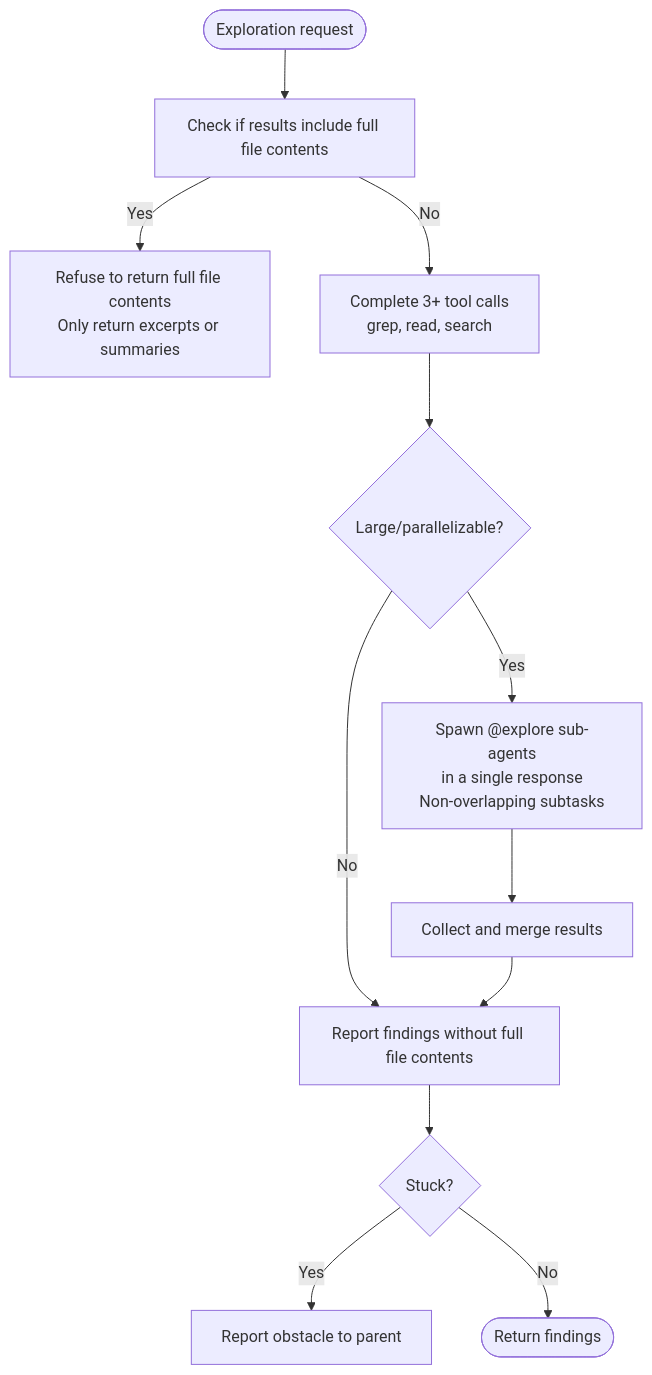
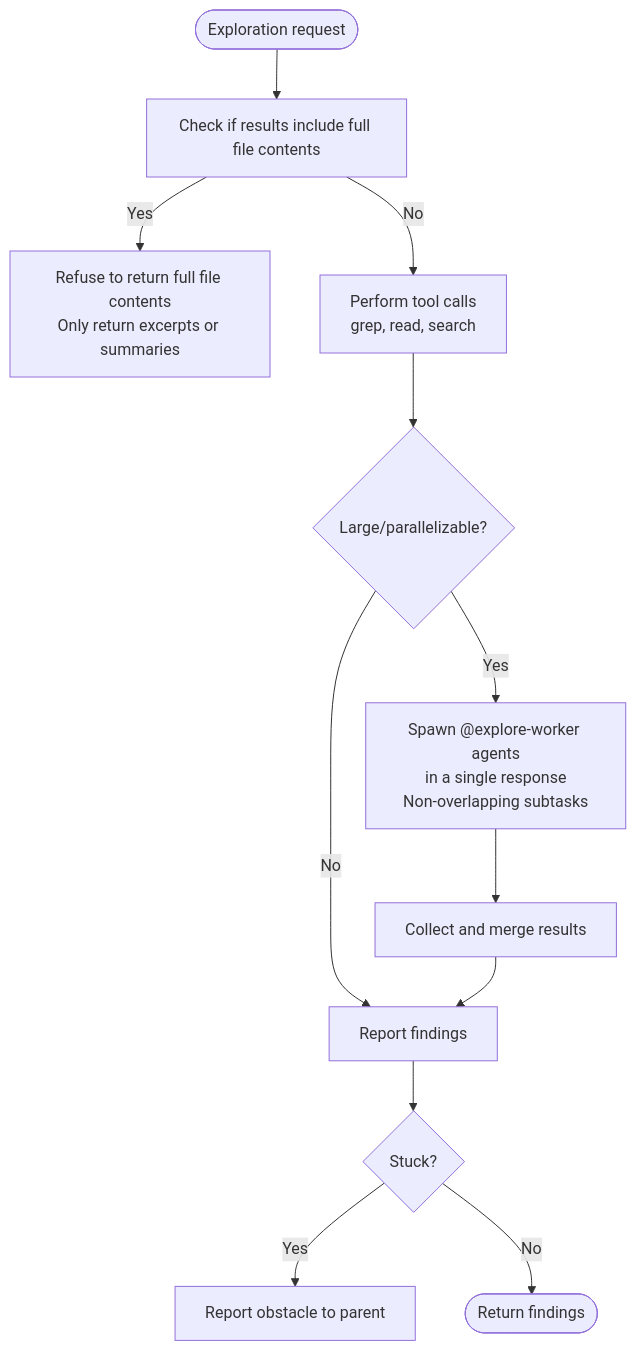
One commit to juliankahlert/opencode-config changed the diagram in pages/src/absurd/explore.md. Above: the diagram before and after it, drawn with Mermaid. The commit also changed other lines of this file and 17 other files, not shown here.

````diff
--- a/pages/src/absurd/explore.md
+++ b/pages/src/absurd/explore.md
@@ -44,18 +57,18 @@
 ```mermaid
 flowchart TD
     REQ([Exploration request]) --> REFUSE_CHECK[Check if results include full file contents]
     REFUSE_CHECK -->|Yes| REFUSE[Refuse to return full file contents<br/>Only return excerpts or summaries]
-    REFUSE_CHECK -->|No| WORK[Complete 3+ tool calls<br/>grep, read, search]
-    
+    REFUSE_CHECK -->|No| WORK[Perform tool calls<br/>grep, read, search]
+
     WORK --> BIG{Large/parallelizable?}
-    
-    BIG -->|No| REPORT[Report findings without full file contents]
 
-    BIG -->|Yes| SPAWN[Spawn @explore sub-agents<br/>in a single response<br/>Non-overlapping subtasks]
+    BIG -->|No| REPORT[Report findings]
+
+    BIG -->|Yes| SPAWN[Spawn @explore-worker agents<br/>in a single response<br/>Non-overlapping subtasks]
     SPAWN --> MERGE[Collect and merge results]
     MERGE --> REPORT
 
     REPORT --> STUCK{Stuck?}
     STUCK -->|Yes| ESCALATE[Report obstacle to parent]
     STUCK -->|No| DONE([Return findings])
 ```
````
